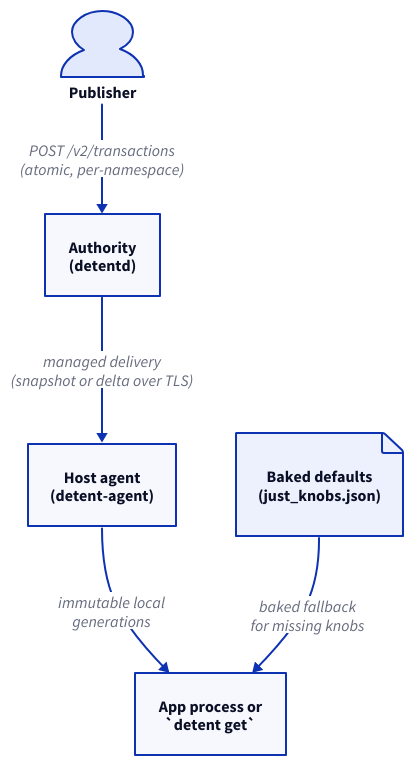
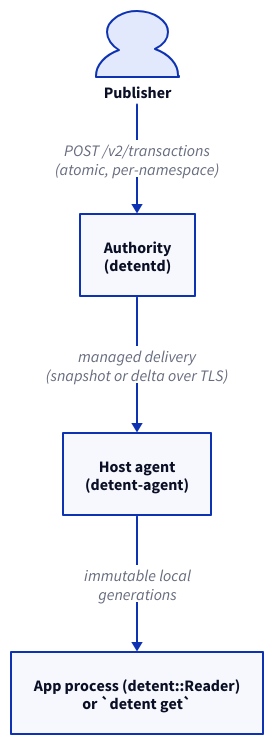
One commit to Kronuz/Detent changed the diagram in diagrams/01_overview.d2. Above: the diagram before and after it, drawn with D2. The commit also changed 94 other files, not shown here.

```diff
--- a/diagrams/01_overview.d2
+++ b/diagrams/01_overview.d2
@@ -1,29 +1,24 @@
 # The top-level flow, deliberately minimal: four actors, no internals.
 # See 04_read_path.d2, 05_update_path.d2 and 07_agent.d2 for what's inside
 # each box.
 direction: down
 
 publisher: Publisher {
   shape: person
 }
 
 authority: Authority\n(detentd) {
   shape: rectangle
 }
 
 agent: Host agent\n(detent-agent) {
   shape: rectangle
 }
 
-reader: App process or\n`detent get` {
+reader: App process (detent::Reader)\nor `detent get` {
   shape: rectangle
-}
-
-defaults: Baked defaults\n(just_knobs.json) {
-  shape: page
 }
 
 publisher -> authority: "POST /v2/transactions\n(atomic, per-namespace)"
 authority -> agent: "managed delivery\n(snapshot or delta over TLS)"
 agent -> reader: "immutable local\ngenerations"
-defaults -> reader: "baked fallback\nfor missing knobs"
```
